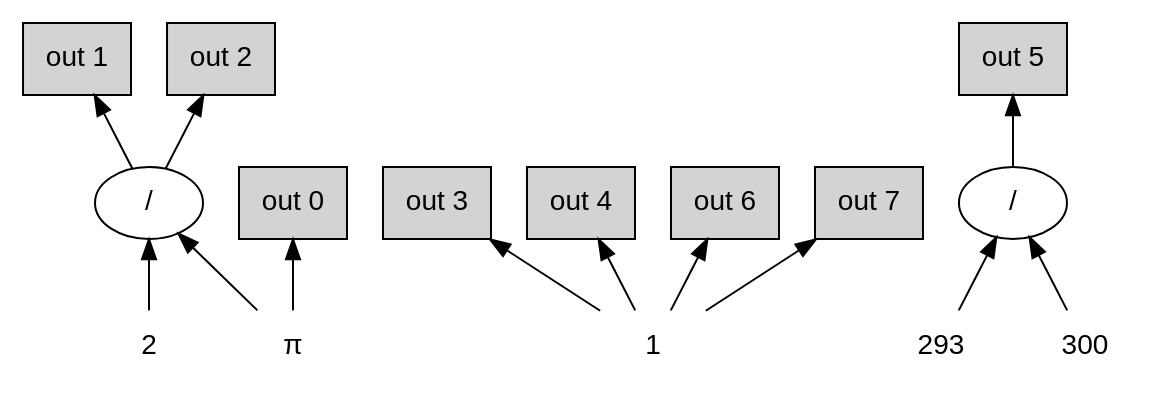
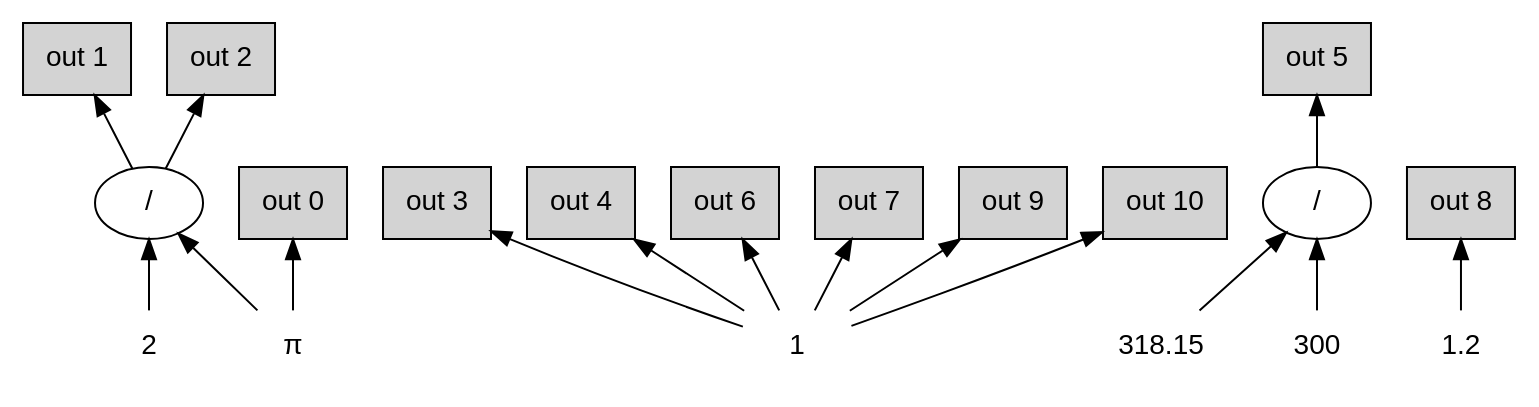
One commit to faezs/ARTIST changed the diagram in tutorials/hashemi_ccc/dot/obsHi.dot. Above: the diagram before and after it, drawn with Graphviz. The commit also changed 106 other files, not shown here.

```diff
--- a/tutorials/hashemi_ccc/dot/obsHi.dot
+++ b/tutorials/hashemi_ccc/dot/obsHi.dot
@@ -1,21 +1,25 @@
 digraph "TandoorHashemi.obsHi" {
   rankdir=BT;
   node [fontname=Helvetica];
   n0 [label="π", shape=plaintext];
   n1 [label="2", shape=plaintext];
   n2 [label="/", shape=ellipse];
   n0 -> n2; n1 -> n2;
   n3 [label="1", shape=plaintext];
-  n4 [label="293", shape=plaintext];
+  n4 [label="318.15", shape=plaintext];
   n5 [label="300", shape=plaintext];
   n6 [label="/", shape=ellipse];
   n4 -> n6; n5 -> n6;
+  n7 [label="1.2", shape=plaintext];
   out0 [label="out 0", shape=box, style=filled, fillcolor=lightgrey]; n0 -> out0;
   out1 [label="out 1", shape=box, style=filled, fillcolor=lightgrey]; n2 -> out1;
   out2 [label="out 2", shape=box, style=filled, fillcolor=lightgrey]; n2 -> out2;
   out3 [label="out 3", shape=box, style=filled, fillcolor=lightgrey]; n3 -> out3;
   out4 [label="out 4", shape=box, style=filled, fillcolor=lightgrey]; n3 -> out4;
   out5 [label="out 5", shape=box, style=filled, fillcolor=lightgrey]; n6 -> out5;
   out6 [label="out 6", shape=box, style=filled, fillcolor=lightgrey]; n3 -> out6;
   out7 [label="out 7", shape=box, style=filled, fillcolor=lightgrey]; n3 -> out7;
+  out8 [label="out 8", shape=box, style=filled, fillcolor=lightgrey]; n7 -> out8;
+  out9 [label="out 9", shape=box, style=filled, fillcolor=lightgrey]; n3 -> out9;
+  out10 [label="out 10", shape=box, style=filled, fillcolor=lightgrey]; n3 -> out10;
 }
```
